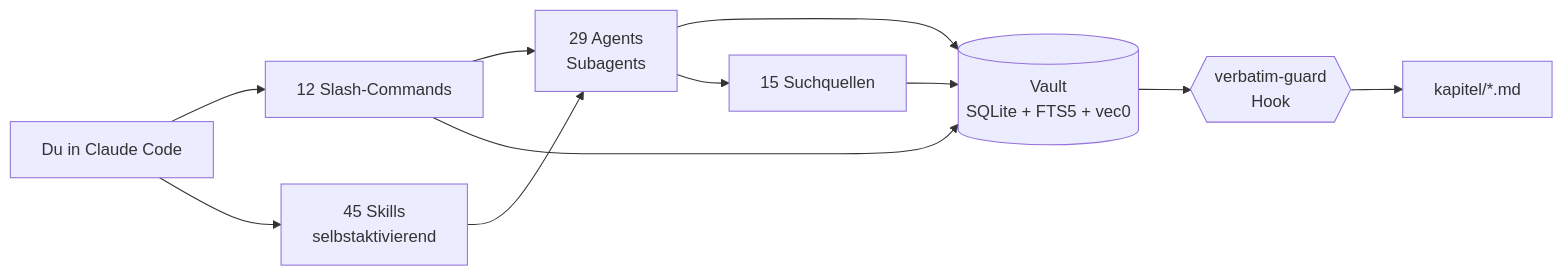
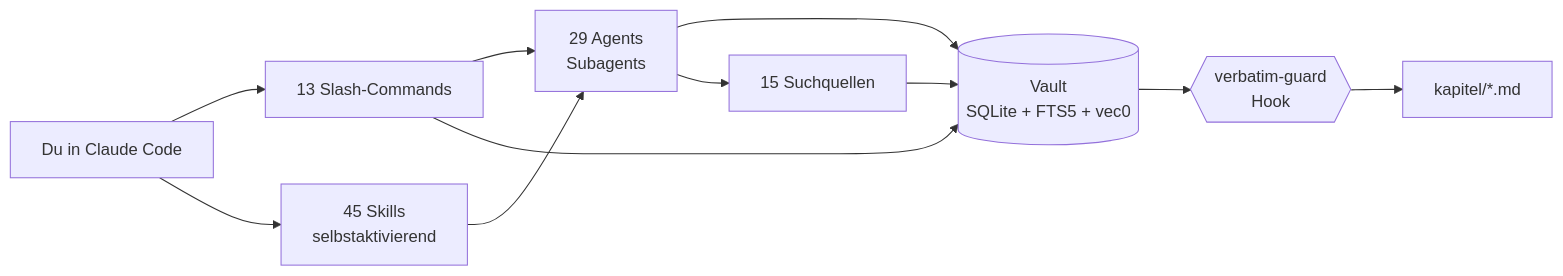
Before and after one commit to ahlerjam/academic-research: the diagram in README.md, drawn with Mermaid. The commit also changed 9 other files, not shown here.

````diff
--- a/README.md
+++ b/README.md
@@ -78,13 +78,13 @@
 ```mermaid
 graph LR
-    U[Du in Claude Code] --> C[12 Slash-Commands]
+    U[Du in Claude Code] --> C[13 Slash-Commands]
     U --> S[45 Skills<br/>selbstaktivierend]
     C --> A[29 Agents<br/>Subagents]
     S --> A
     A --> V[(Vault<br/>SQLite + FTS5 + vec0)]
     C --> V
     A --> Q[15 Suchquellen]
     Q --> V
     V --> H{{verbatim-guard<br/>Hook}}
     H --> K[kapitel/*.md]
 ```
````
